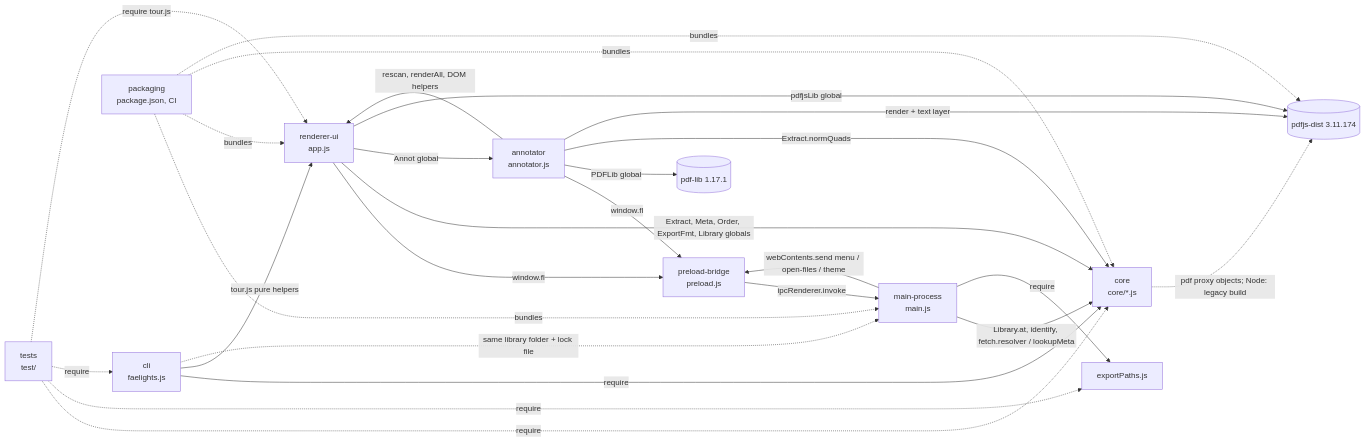
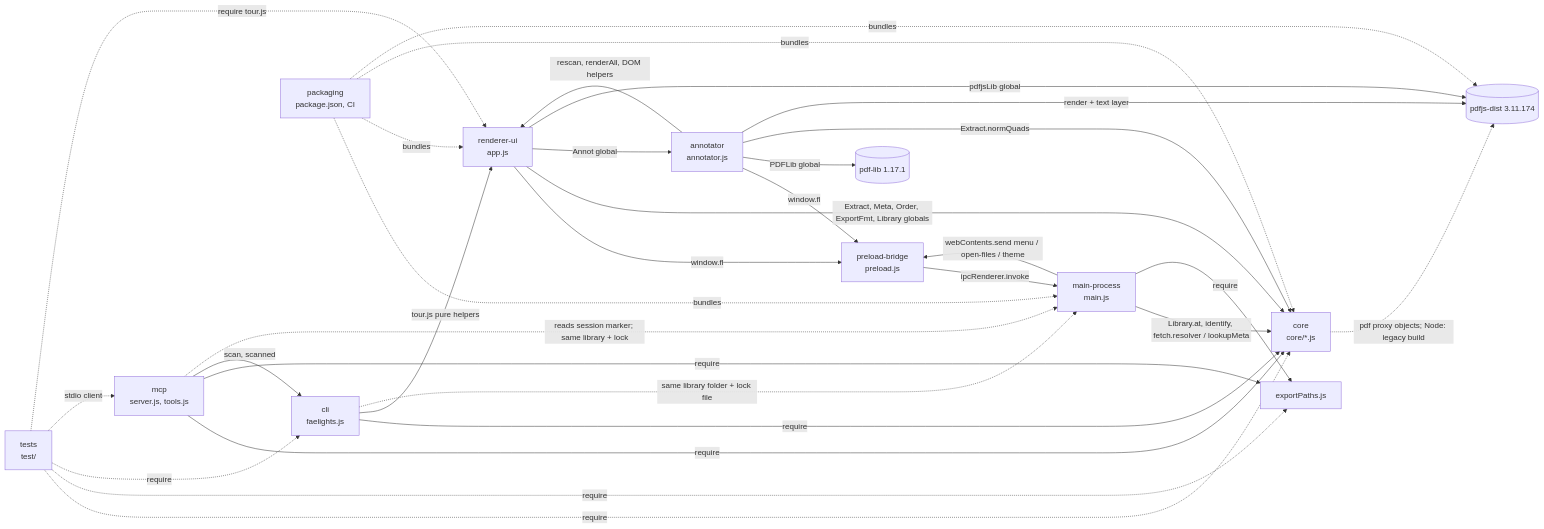
The diagram in docs/atlas/ATLAS.md (Lefarious/Faelights), drawn with Mermaid before and after one commit. The commit also changed other lines of this file and 8 other files, not shown here.

Commit message:
docs: MCP server in atlas and compass (F-025, D-018, D-019)

````diff
--- a/docs/atlas/ATLAS.md
+++ b/docs/atlas/ATLAS.md
@@ -24,23 +25,27 @@
 ```mermaid
 graph LR
   UI[renderer-ui<br/>app.js] -->|window.fl| PRE[preload-bridge<br/>preload.js]
   PRE -->|ipcRenderer.invoke| MAIN[main-process<br/>main.js]
   MAIN -->|webContents.send menu / open-files / theme| PRE
   UI -->|Extract, Meta, Order, ExportFmt, Library globals| CORE[core<br/>core/*.js]
   UI -->|Annot global| ANN[annotator<br/>annotator.js]
   ANN -->|rescan, renderAll, DOM helpers| UI
   ANN -->|window.fl| PRE
   ANN -->|PDFLib global| PDFLIB[(pdf-lib 1.17.1)]
   ANN -->|Extract.normQuads| CORE
   ANN -->|render + text layer| PDFJS
   UI -->|pdfjsLib global| PDFJS[(pdfjs-dist 3.11.174)]
   CORE -.->|pdf proxy objects; Node: legacy build| PDFJS
   MAIN -->|Library.at, identify, fetch.resolver / lookupMeta| CORE
   MAIN -->|require| EP[exportPaths.js]
   CLI[cli<br/>faelights.js] -->|require| CORE
   CLI -->|tour.js pure helpers| UI
   CLI -.->|same library folder + lock file| MAIN
+  MCP[mcp<br/>server.js, tools.js] -->|require| CORE & EP
+  MCP -->|scan, scanned| CLI
+  MCP -.->|reads session marker; same library + lock| MAIN
   TEST[tests<br/>test/] -.->|require| CORE & EP & CLI
+  TEST -.->|stdio client| MCP
   TEST -.->|require tour.js| UI
   PKG[packaging<br/>package.json, CI] -.->|bundles| MAIN & UI & CORE & PDFJS
 ```
````
